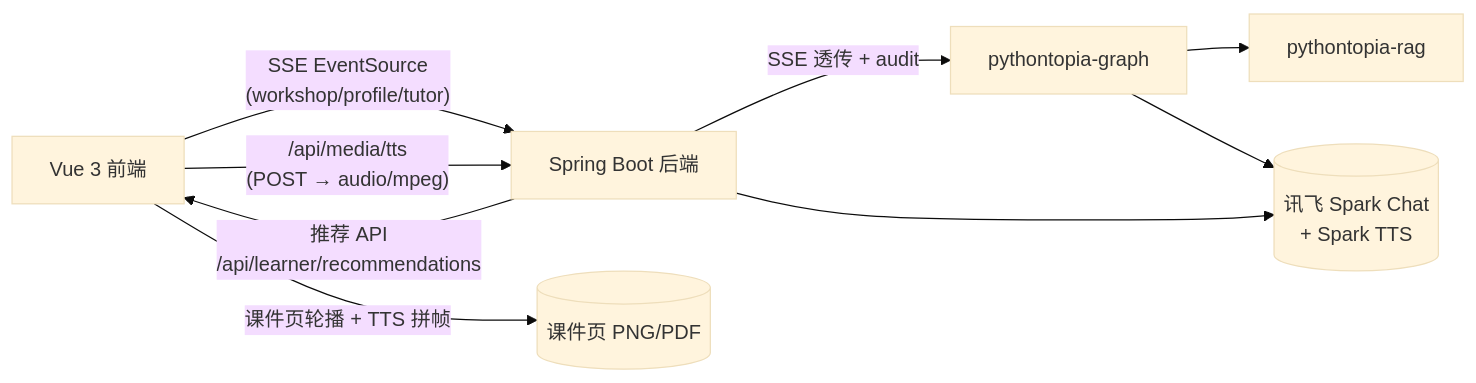
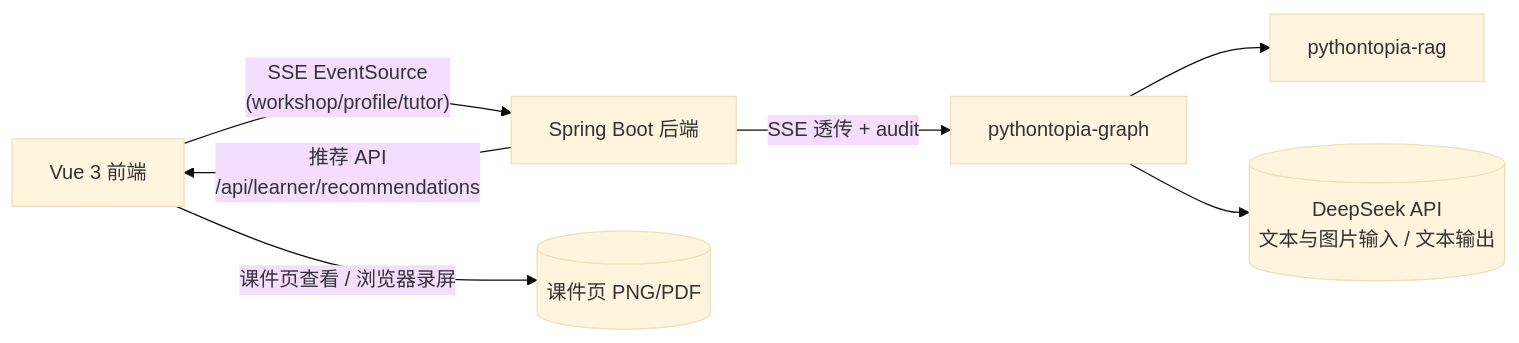
Before and after one commit to cypre5s/Pythontopia: the first of 2 diagrams in docs/project/competition_compliance.md, drawn with Mermaid (base theme). The commit also changed other lines of this file and 16 other files, not shown here.

Commit message:
fix(web): harden teacher and course async flows

````diff
--- a/docs/project/competition_compliance.md
+++ b/docs/project/competition_compliance.md
@@ -42,18 +43,16 @@
 ```mermaid
 flowchart LR
   Frontend["Vue 3 前端"]
   Backend["Spring Boot 后端"]
   Graph["pythontopia-graph"]
   Rag["pythontopia-rag"]
-  Spark[("讯飞 Spark Chat\n+ Spark TTS")]
+  DeepSeek[("DeepSeek API\n文本与图片输入 / 文本输出")]
   CourseImg[("课件页 PNG/PDF")]
 
   Frontend -- "SSE EventSource\n(workshop/profile/tutor)" --> Backend
   Backend -- "SSE 透传 + audit" --> Graph
   Graph --> Rag
-  Graph --> Spark
-  Frontend -- "/api/media/tts\n(POST → audio/mpeg)" --> Backend
-  Backend --> Spark
-  Frontend -- "课件页轮播 + TTS 拼帧" --> CourseImg
+  Graph --> DeepSeek
+  Frontend -- "课件页查看 / 浏览器录屏" --> CourseImg
   Backend -- "推荐 API\n/api/learner/recommendations" --> Frontend
 ```
````
